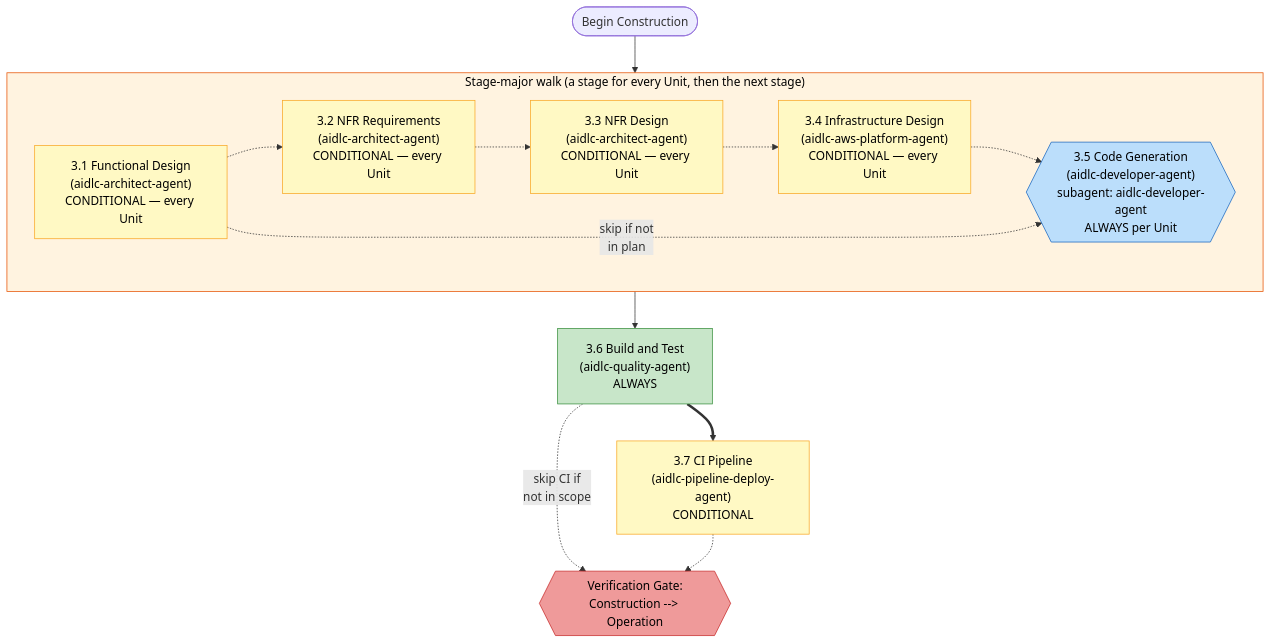
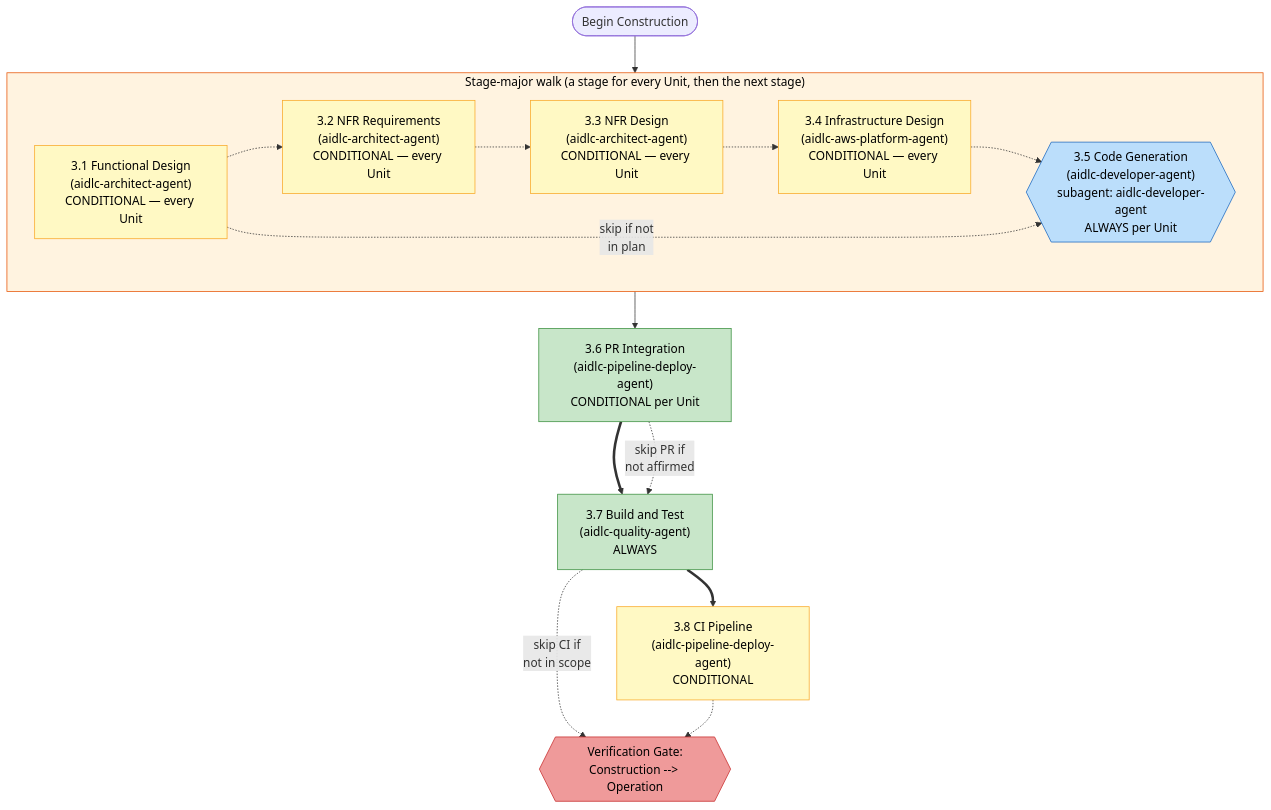
One commit to awslabs/aidlc-workflows changed the fourth of 12 diagrams in docs/reference/diagrams.md. Above: the diagram before and after it, drawn with Mermaid. The commit also changed other lines of this file and 140 other files, not shown here.

First line of the commit message:
feat: integrate Construction through pull requests (pr-integration stage + aidlc-pr tool)

````diff
--- a/docs/reference/diagrams.md
+++ b/docs/reference/diagrams.md
@@ -170,39 +170,43 @@
 ```mermaid
 flowchart TD
     START(["Begin Construction"])
 
     subgraph PER_STAGE["Stage-major walk (a stage for every Unit, then the next stage)"]
         S31["3.1 Functional Design\n(aidlc-architect-agent)\nCONDITIONAL — every Unit"]
         S32["3.2 NFR Requirements\n(aidlc-architect-agent)\nCONDITIONAL — every Unit"]
         S33["3.3 NFR Design\n(aidlc-architect-agent)\nCONDITIONAL — every Unit"]
         S34["3.4 Infrastructure Design\n(aidlc-aws-platform-agent)\nCONDITIONAL — every Unit"]
         S35{{"3.5 Code Generation\n(aidlc-developer-agent)\nsubagent: aidlc-developer-agent\nALWAYS per Unit"}}
 
         S31 -.-> S32
         S32 -.-> S33
         S33 -.-> S34
         S34 -.-> S35
         S31 -.->|"skip if not\nin plan"| S35
     end
 
     START --> PER_STAGE
     PER_STAGE --> S36
 
-    S36["3.6 Build and Test\n(aidlc-quality-agent)\nALWAYS"]
-    S37["3.7 CI Pipeline\n(aidlc-pipeline-deploy-agent)\nCONDITIONAL"]
+    S36["3.6 PR Integration\n(aidlc-pipeline-deploy-agent)\nCONDITIONAL per Unit"]
+    S37["3.7 Build and Test\n(aidlc-quality-agent)\nALWAYS"]
+    S38["3.8 CI Pipeline\n(aidlc-pipeline-deploy-agent)\nCONDITIONAL"]
     VG3{{"Verification Gate:\nConstruction --> Operation"}}
 
     S36 ==> S37
-    S36 -.->|"skip CI if\nnot in scope"| VG3
-    S37 -.-> VG3
+    S36 -.->|"skip PR if\nnot affirmed"| S37
+    S37 ==> S38
+    S37 -.->|"skip CI if\nnot in scope"| VG3
+    S38 -.-> VG3
 
     style PER_STAGE fill:#fff3e0,stroke:#e65100,color:#000
     style S35 fill:#bbdefb,stroke:#1565c0,color:#000
     style S31 fill:#fff9c4,stroke:#f9a825,color:#000
     style S32 fill:#fff9c4,stroke:#f9a825,color:#000
     style S33 fill:#fff9c4,stroke:#f9a825,color:#000
     style S34 fill:#fff9c4,stroke:#f9a825,color:#000
     style S36 fill:#c8e6c9,stroke:#388e3c,color:#000
-    style S37 fill:#fff9c4,stroke:#f9a825,color:#000
+    style S37 fill:#c8e6c9,stroke:#388e3c,color:#000
+    style S38 fill:#fff9c4,stroke:#f9a825,color:#000
     style VG3 fill:#ef9a9a,stroke:#c62828,color:#000
 ```
````
